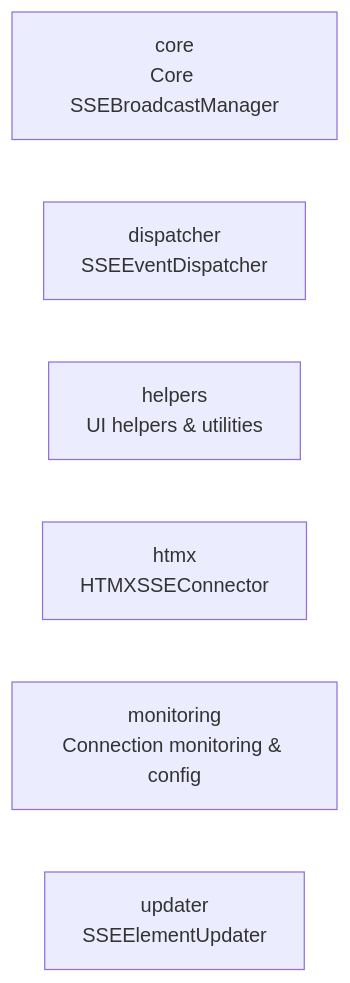
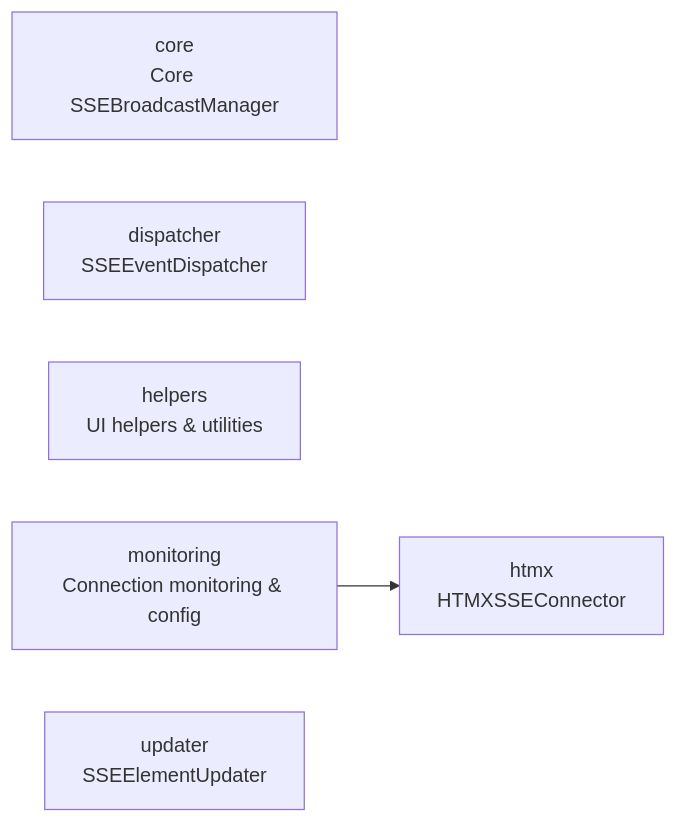
One commit to cj-mills/cjm-fasthtml-sse changed the diagram in README.md. Above: the diagram before and after it, drawn with Mermaid. The commit also changed other lines of this file and 8 other files, not shown here.

````diff
--- a/README.md
+++ b/README.md
@@ -26,9 +26,11 @@
 ``` mermaid
 graph LR
     core[core<br/>Core SSEBroadcastManager]
     dispatcher[dispatcher<br/>SSEEventDispatcher]
     helpers[helpers<br/>UI helpers & utilities]
     htmx[htmx<br/>HTMXSSEConnector]
     monitoring[monitoring<br/>Connection monitoring & config]
     updater[updater<br/>SSEElementUpdater]
+
+    monitoring --> htmx
 ```
````
